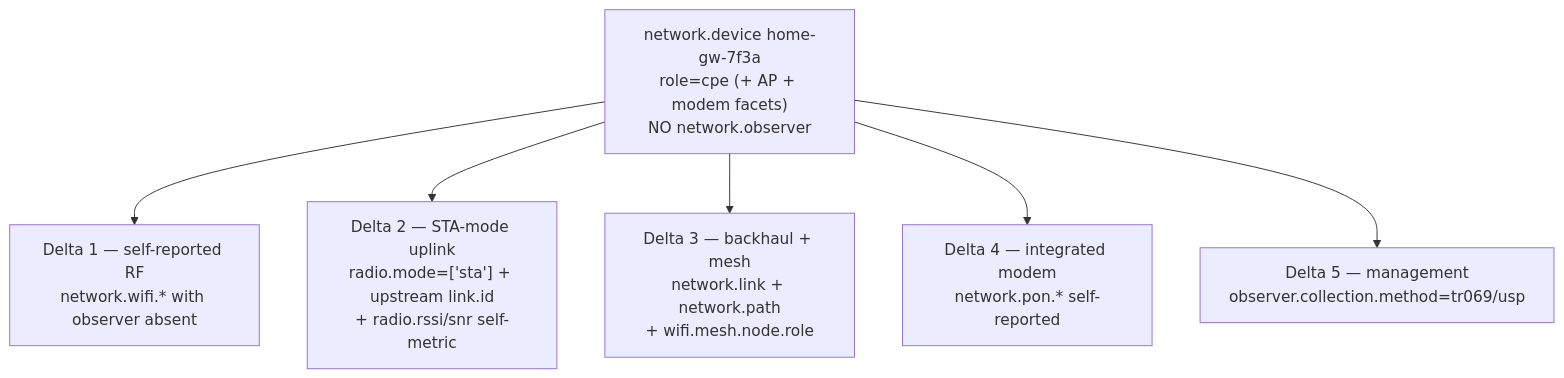
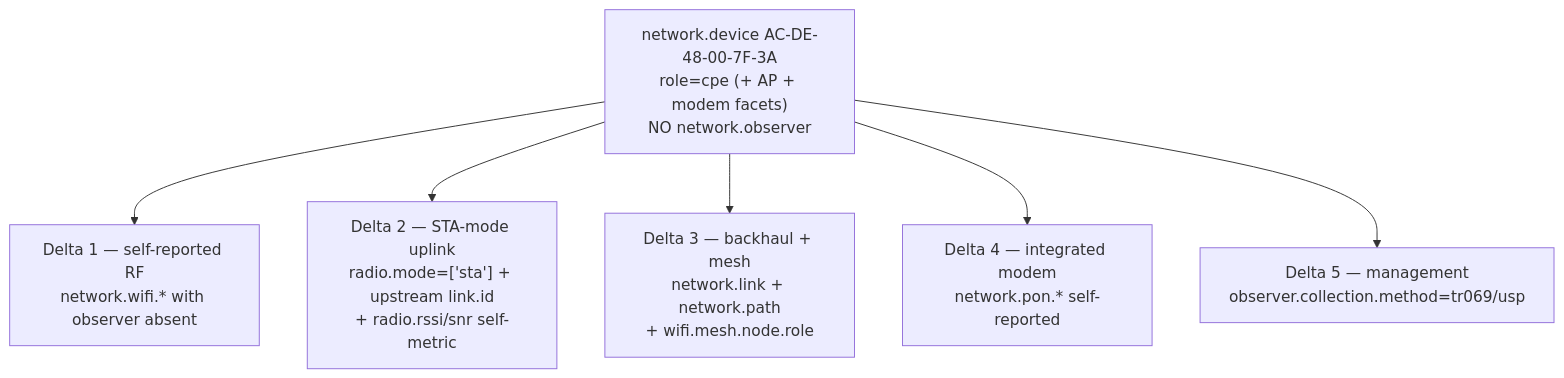
The diagram in examples/wifi-cpe/README.md (jksmth/semantic-conventions-network), drawn with Mermaid before and after one commit. The commit also changed other lines of this file and 297 other files, not shown here.

````diff
--- a/examples/wifi-cpe/README.md
+++ b/examples/wifi-cpe/README.md
@@ -69,16 +76,16 @@
 ```mermaid
 graph TD
-    GW["network.device home-gw-7f3a<br/>role=cpe (+ AP + modem facets)<br/>NO network.observer"]
+    GW["network.device AC-DE-48-00-7F-3A<br/>role=cpe (+ AP + modem facets)<br/>NO network.observer"]
 
     D1["Delta 1 — self-reported RF<br/>network.wifi.* with observer absent"]
     D2["Delta 2 — STA-mode uplink<br/>radio.mode=['sta'] + upstream link.id<br/>+ radio.rssi/snr self-metric"]
     D3["Delta 3 — backhaul + mesh<br/>network.link + network.path<br/>+ wifi.mesh.node.role"]
     D4["Delta 4 — integrated modem<br/>network.pon.* self-reported"]
     D5["Delta 5 — management<br/>observer.collection.method=tr069/usp"]
 
     GW --> D1
     GW --> D2
     GW --> D3
     GW --> D4
     GW --> D5
 ```
````
